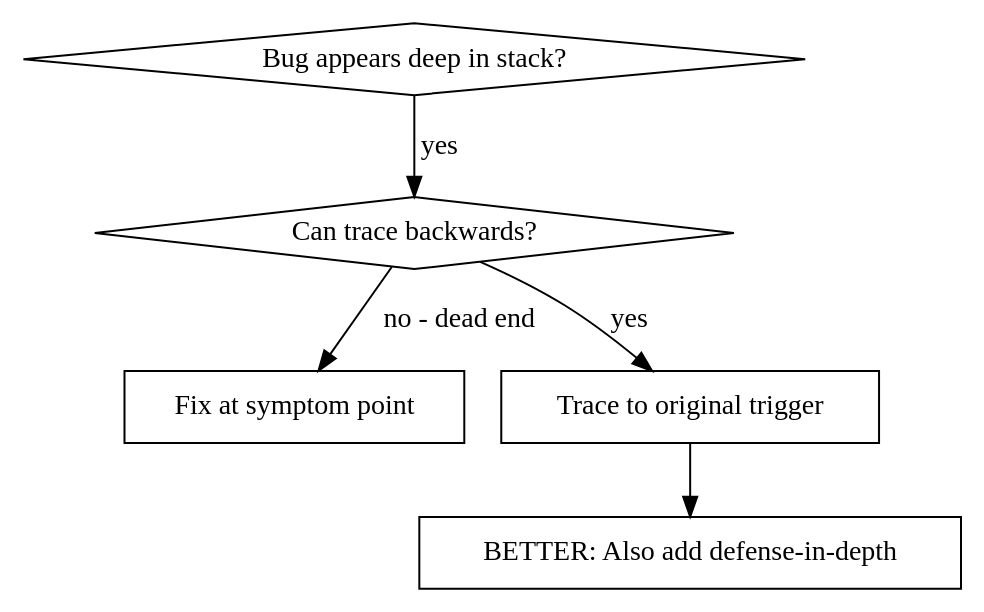
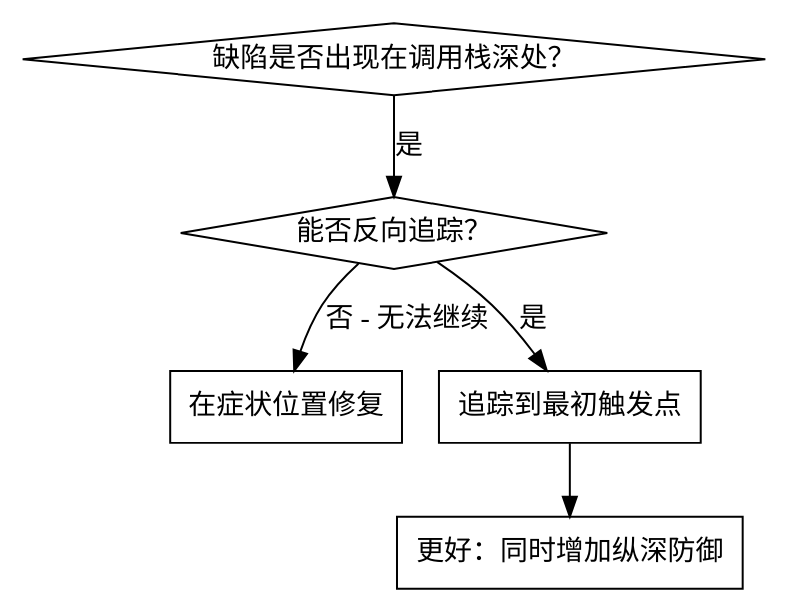
The first of 2 diagrams in skills/alpha/awesome-code/agents/systematic-debugging/root-cause-tracing.md (huangwb8/skills), drawn with Graphviz before and after one commit. The commit also changed other lines of this file and 30 other files, not shown here.

````diff
--- a/skills/alpha/awesome-code/agents/systematic-debugging/root-cause-tracing.md
+++ b/skills/alpha/awesome-code/agents/systematic-debugging/root-cause-tracing.md
@@ -11,14 +11,14 @@
 ```dot
 digraph when_to_use {
-    "Bug appears deep in stack?" [shape=diamond];
-    "Can trace backwards?" [shape=diamond];
-    "Fix at symptom point" [shape=box];
-    "Trace to original trigger" [shape=box];
-    "BETTER: Also add defense-in-depth" [shape=box];
+    "缺陷是否出现在调用栈深处？" [shape=diamond];
+    "能否反向追踪？" [shape=diamond];
+    "在症状位置修复" [shape=box];
+    "追踪到最初触发点" [shape=box];
+    "更好：同时增加纵深防御" [shape=box];
 
-    "Bug appears deep in stack?" -> "Can trace backwards?" [label="yes"];
-    "Can trace backwards?" -> "Trace to original trigger" [label="yes"];
-    "Can trace backwards?" -> "Fix at symptom point" [label="no - dead end"];
-    "Trace to original trigger" -> "BETTER: Also add defense-in-depth";
+    "缺陷是否出现在调用栈深处？" -> "能否反向追踪？" [label="是"];
+    "能否反向追踪？" -> "追踪到最初触发点" [label="是"];
+    "能否反向追踪？" -> "在症状位置修复" [label="否 - 无法继续"];
+    "追踪到最初触发点" -> "更好：同时增加纵深防御";
 }
 ```
````
